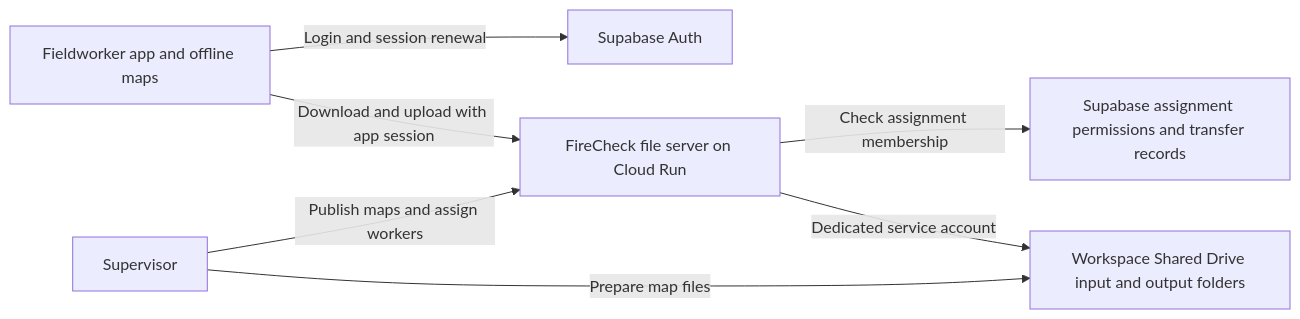
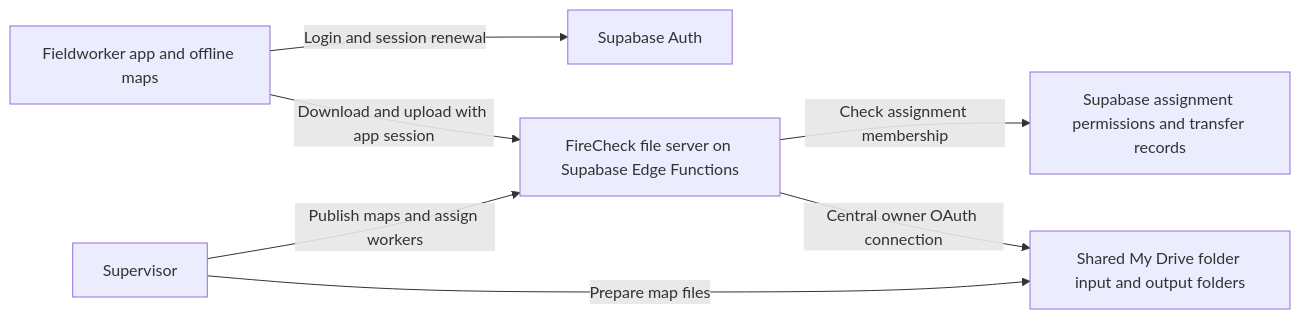
Before and after one commit to jlescarlan11/firecheck: the diagram in docs/architecture/drive-gateway.mmd, drawn with Mermaid. The commit also changed 65 other files, not shown here.

Commit message:
feat: integrate hosted Drive gateway and mobile uploads

```diff
--- a/docs/architecture/drive-gateway.mmd
+++ b/docs/architecture/drive-gateway.mmd
@@ -1,14 +1,14 @@
 flowchart LR
   phone["Fieldworker app and offline maps"]
   auth["Supabase Auth"]
-  gateway["FireCheck file server on Cloud Run"]
+  gateway["FireCheck file server on Supabase Edge Functions"]
   db["Supabase assignment permissions and transfer records"]
-  drive["Workspace Shared Drive input and output folders"]
+  drive["Shared My Drive folder input and output folders"]
   admin["Supervisor"]
   phone -->|Login and session renewal| auth
   phone -->|Download and upload with app session| gateway
   gateway -->|Check assignment membership| db
-  gateway -->|Dedicated service account| drive
+  gateway -->|Central owner OAuth connection| drive
   admin -->|Prepare map files| drive
   admin -->|Publish maps and assign workers| gateway
 %% portable-canonical-v2:eyJhY2Nlc3NpYmlsaXR5IjpudWxsLCJkYXRhIjp7ImRpcmVjdGlvbiI6IkxSIiwiZWRnZXMiOlt7ImZyb20iOiJwaG9uZSIsImxhYmVsIjoiTG9naW4gYW5kIHNlc3Npb24gcmVuZXdhbCIsInRvIjoiYXV0aCJ9LHsiZnJvbSI6InBob25lIiwibGFiZWwiOiJEb3dubG9hZCBhbmQgdXBsb2FkIHdpdGggYXBwIHNlc3Npb24iLCJ0byI6ImdhdGV3YXkifSx7ImZyb20iOiJnYXRld2F5IiwibGFiZWwiOiJDaGVjayBhc3NpZ25tZW50IG1lbWJlcnNoaXAiLCJ0byI6ImRiIn0seyJmcm9tIjoiZ2F0ZXdheSIsImxhYmVsIjoiRGVkaWNhdGVkIHNlcnZpY2UgYWNjb3VudCIsInRvIjoiZHJpdmUifSx7ImZyb20iOiJhZG1pbiIsImxhYmVsIjoiUHJlcGFyZSBtYXAgZmlsZXMiLCJ0byI6ImRyaXZlIn0seyJmcm9tIjoiYWRtaW4iLCJsYWJlbCI6IlB1Ymxpc2ggbWFwcyBhbmQgYXNzaWduIHdvcmtlcnMiLCJ0byI6ImdhdGV3YXkifV0sIm5vZGVzIjpbeyJpZCI6InBob25lIiwibGFiZWwiOiJGaWVsZHdvcmtlciBhcHAgYW5kIG9mZmxpbmUgbWFwcyJ9LHsiaWQiOiJhdXRoIiwibGFiZWwiOiJTdXBhYmFzZSBBdXRoIn0seyJpZCI6ImdhdGV3YXkiLCJsYWJlbCI6IkZpcmVDaGVjayBmaWxlIHNlcnZlciBvbiBDbG91ZCBSdW4ifSx7ImlkIjoiZGIiLCJsYWJlbCI6IlN1cGFiYXNlIGFzc2lnbm1lbnQgcGVybWlzc2lvbnMgYW5kIHRyYW5zZmVyIHJlY29yZHMifSx7ImlkIjoiZHJpdmUiLCJsYWJlbCI6IldvcmtzcGFjZSBTaGFyZWQgRHJpdmUgaW5wdXQgYW5kIG91dHB1dCBmb2xkZXJzIn0seyJpZCI6ImFkbWluIiwibGFiZWwiOiJTdXBlcnZpc29yIn1dfSwiZGVzY3JpcHRpb24iOm51bGwsImlkIjoiZHJpdmVfZ2F0ZXdheSIsImtpbmQiOiJmbG93Y2hhcnQiLCJzb3VyY2VTaGEyNTYiOiI2YjZjMjcyNTAyMzMyN2MwNjJlNDgyYTM1OGY2Y2VlMTAzYjc0NjcwOWQ4MzVmMjc0MmY3NTM2YzlmZTRmZTU4Iiwic3R5bGVzIjpbXSwidGl0bGUiOiJGaWxlcyByZW1haW4gaW4gR29vZ2xlIERyaXZlIiwidmVyc2lvbiI6MX0
```
